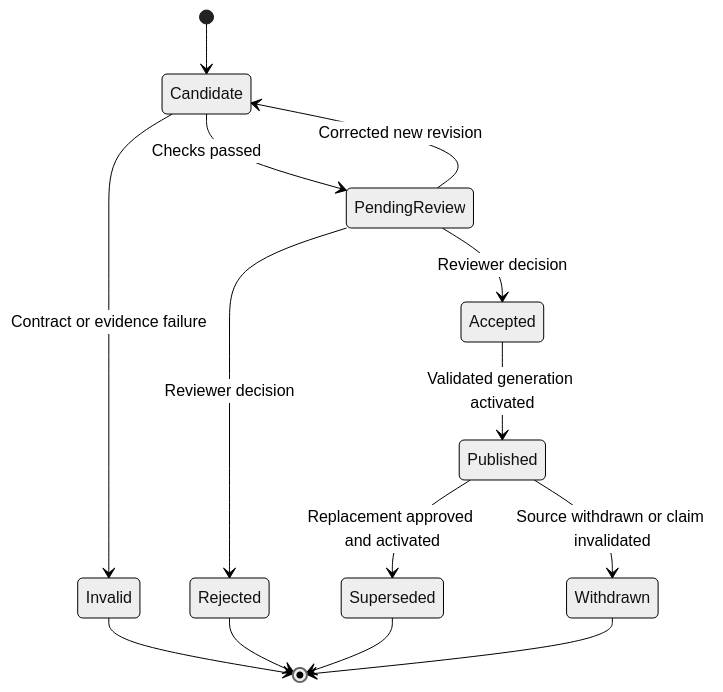
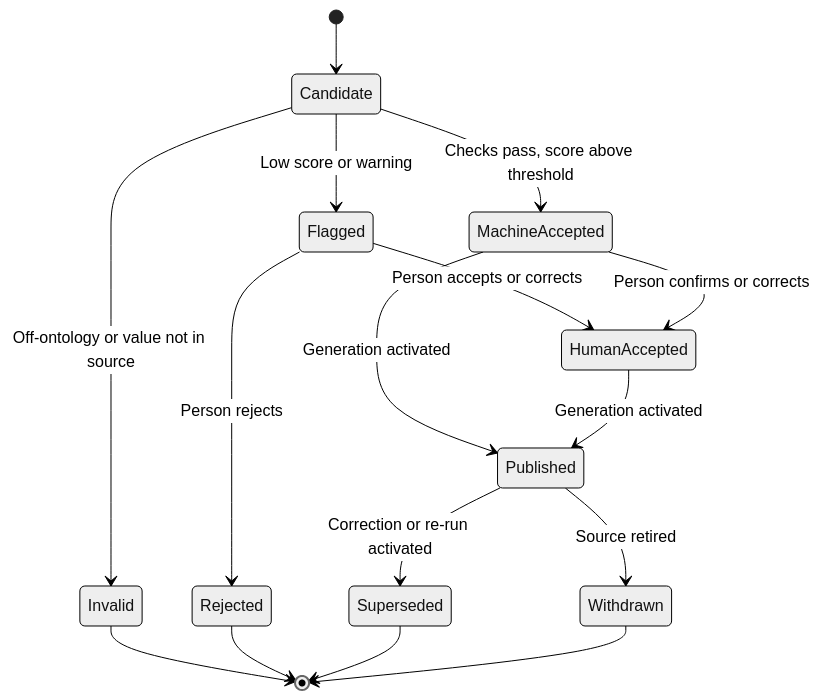
One commit to thaitri2005/Secure-O-G-LLM-and-Knowledge-Graph changed the fourth of 6 diagrams in docs/PROJECT_DESIGN.md. Above: the diagram before and after it, drawn with Mermaid (neutral theme). The commit also changed other lines of this file and 25 other files, not shown here.

First line of the commit message:
Rewrite docs for the 28 October direction: GraphRAG on drilling reports

````diff
--- a/docs/PROJECT_DESIGN.md
+++ b/docs/PROJECT_DESIGN.md
@@ -431,16 +452,18 @@
 ```mermaid
 stateDiagram-v2
     [*] --> Candidate
-    Candidate --> Invalid: Contract or evidence failure
-    Candidate --> PendingReview: Checks passed
-    PendingReview --> Rejected: Reviewer decision
-    PendingReview --> Accepted: Reviewer decision
-    PendingReview --> Candidate: Corrected new revision
-    Accepted --> Published: Validated generation activated
-    Published --> Superseded: Replacement approved and activated
-    Published --> Withdrawn: Source withdrawn or claim invalidated
+    Candidate --> Invalid: Off-ontology or value not in source
+    Candidate --> Flagged: Low score or warning
+    Candidate --> MachineAccepted: Checks pass, score above threshold
+    Flagged --> HumanAccepted: Person accepts or corrects
+    Flagged --> Rejected: Person rejects
+    MachineAccepted --> HumanAccepted: Person confirms or corrects
+    MachineAccepted --> Published: Generation activated
+    HumanAccepted --> Published: Generation activated
+    Published --> Superseded: Correction or re-run activated
+    Published --> Withdrawn: Source retired
     Invalid --> [*]
     Rejected --> [*]
     Superseded --> [*]
     Withdrawn --> [*]
 ```
````
